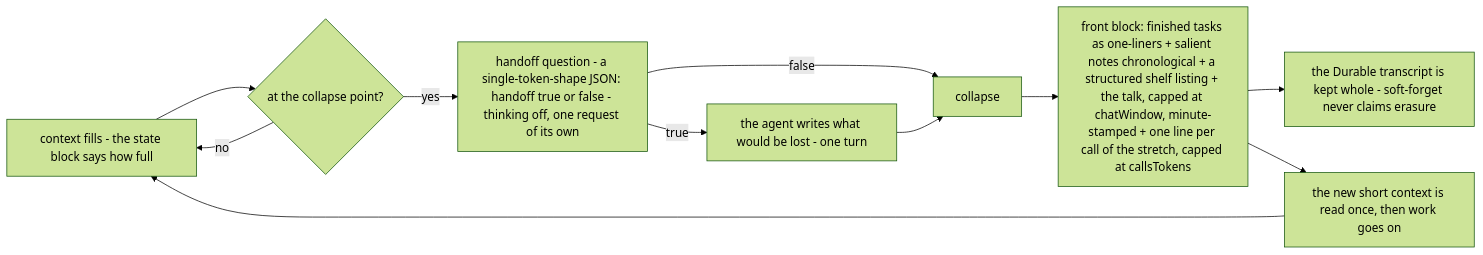
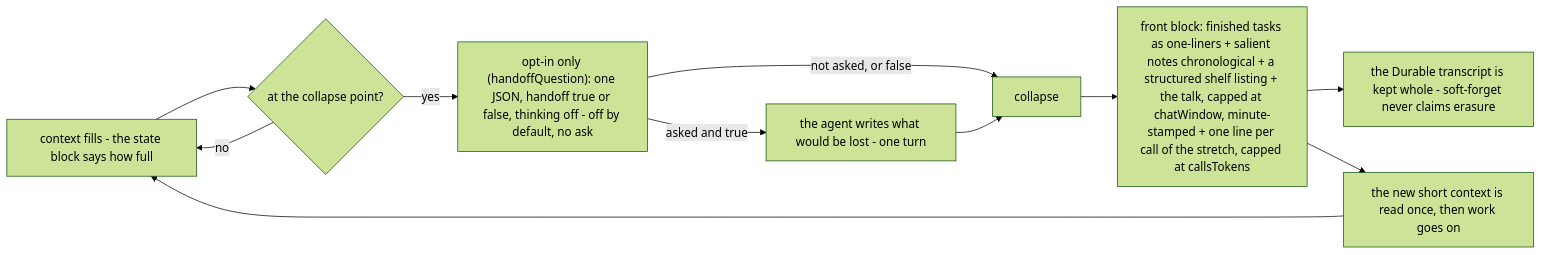
One commit to OracleToes/cartographer changed the fifth of 5 diagrams in docs/flow.md. Above: the diagram before and after it, drawn with Mermaid (forest theme). The commit also changed other lines of this file, not shown here.

Commit message:
docs: correct the gate's return refusal and the opt-in handoff in the flow charts

````diff
--- a/docs/flow.md
+++ b/docs/flow.md
@@ -103,13 +104,13 @@
 ```mermaid
 flowchart LR
     FULL["context fills - the state block says how full"] --> DUE{"at the collapse point?"}
     DUE -- "no" --> FULL
-    DUE -- "yes" --> HANDOFF["handoff question - a single-token-shape JSON: handoff true or false - thinking off, one request of its own"]
-    HANDOFF -- "true" --> NOTES["the agent writes what would be lost - one turn"]
-    HANDOFF -- "false" --> NOW
+    DUE -- "yes" --> HANDOFF["opt-in only (handoffQuestion): one JSON, handoff true or false, thinking off - off by default, no ask"]
+    HANDOFF -- "asked and true" --> NOTES["the agent writes what would be lost - one turn"]
+    HANDOFF -- "not asked, or false" --> NOW
     NOTES --> NOW["collapse"]
     NOW --> KEEP["front block: finished tasks as one-liners + salient notes chronological + a structured shelf listing + the talk, capped at chatWindow, minute-stamped + one line per call of the stretch, capped at callsTokens"]
     KEEP --> TRANSCRIPT["the Durable transcript is kept whole - soft-forget never claims erasure"]
     KEEP --> FULL2["the new short context is read once, then work goes on"]
     FULL2 --> FULL
 ```
````
